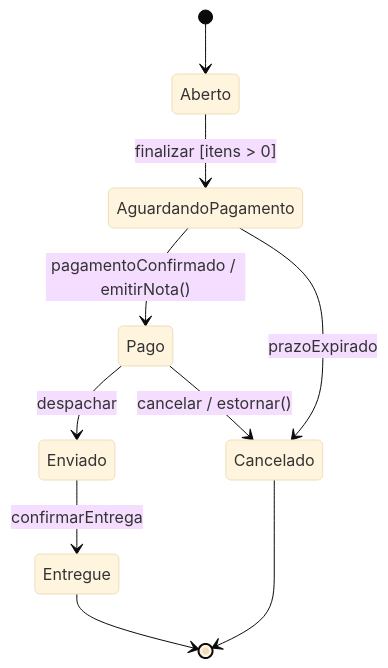
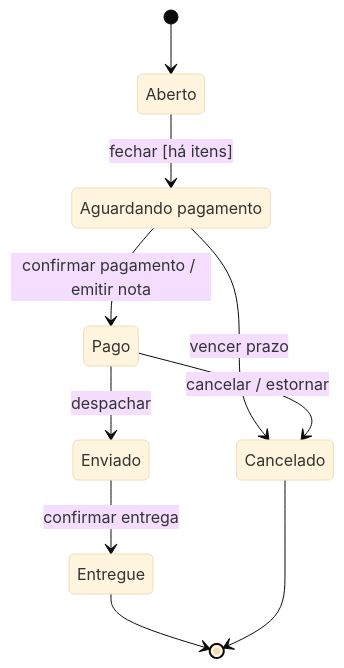
The second of 2 diagrams in content/enade/uml/uml-atividades-e-estados.md (pedrotescaro/Stacklyst), drawn with Mermaid (base theme) before and after one commit. The commit also changed other lines of this file and 84 other files, not shown here.

Commit message:
feat(enade): redraw study library diagrams

````diff
--- a/content/enade/uml/uml-atividades-e-estados.md
+++ b/content/enade/uml/uml-atividades-e-estados.md
@@ -70,12 +98,13 @@
-```mermaid Máquina de estados de um pedido
+```mermaid Estados do pagamento à entrega
 stateDiagram-v2
+  state "Aguardando pagamento" as Aguardando
   [*] --> Aberto
-  Aberto --> AguardandoPagamento : finalizar [itens > 0]
-  AguardandoPagamento --> Pago : pagamentoConfirmado / emitirNota()
-  AguardandoPagamento --> Cancelado : prazoExpirado
+  Aberto --> Aguardando : fechar [há itens]
+  Aguardando --> Pago : confirmar pagamento / emitir nota
+  Aguardando --> Cancelado : vencer prazo
+  Pago --> Cancelado : cancelar / estornar
   Pago --> Enviado : despachar
-  Enviado --> Entregue : confirmarEntrega
-  Pago --> Cancelado : cancelar / estornar()
+  Enviado --> Entregue : confirmar entrega
   Entregue --> [*]
   Cancelado --> [*]
 ```
````
